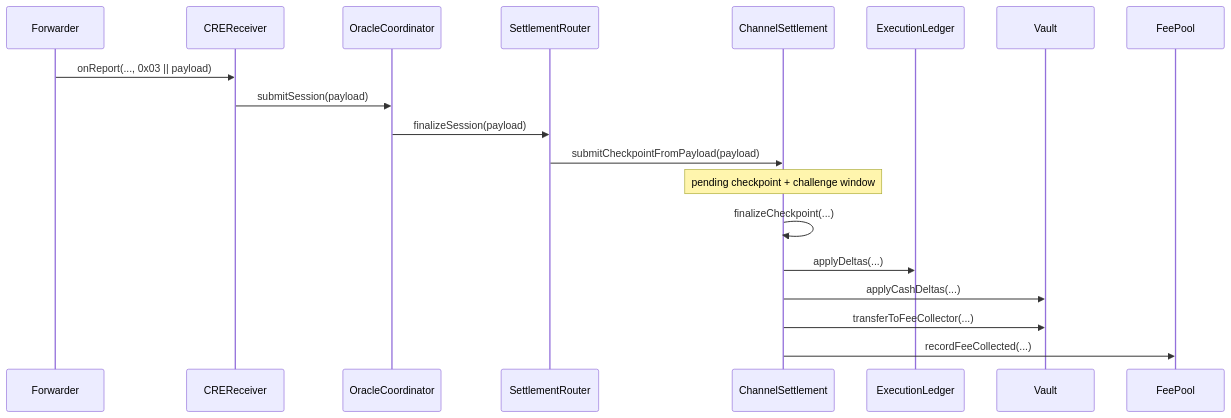
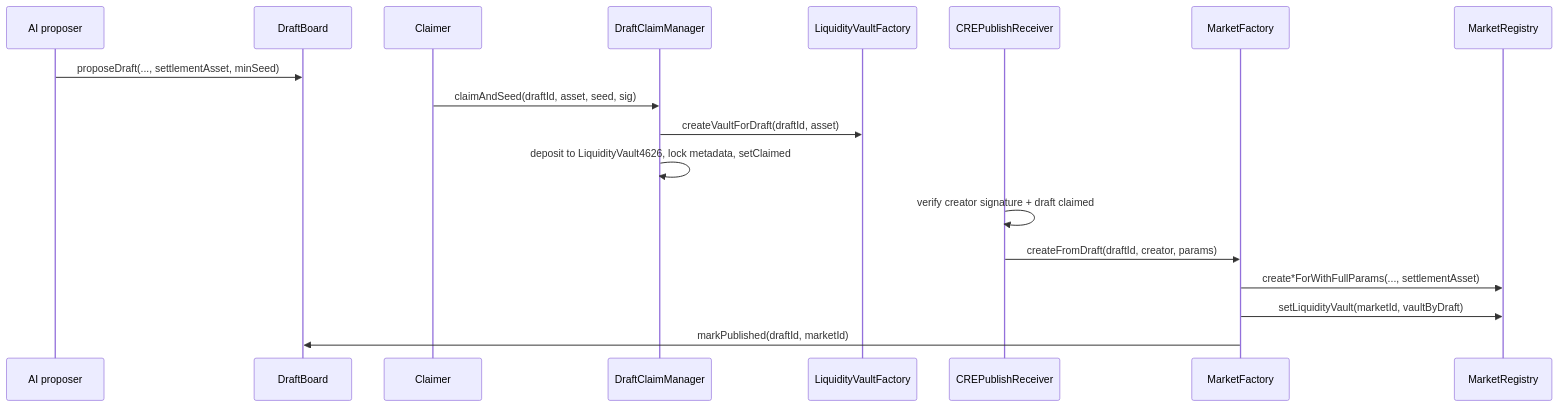
One commit to mAsyamJ/ShadowPool changed the third of 4 diagrams in .docs/CurrentSmartContract.md. Above: the diagram before and after it, drawn with Mermaid. The commit also changed other lines of this file and 7 other files, not shown here.

````diff
--- a/.docs/CurrentSmartContract.md
+++ b/.docs/CurrentSmartContract.md
@@ -296,24 +261,22 @@
 ```mermaid
 sequenceDiagram
-  participant F as Forwarder
-  participant CR as CREReceiver
-  participant OC as OracleCoordinator
-  participant SR as SettlementRouter
-  participant CS as ChannelSettlement
-  participant EL as ExecutionLedger
-  participant V as Vault
-  participant FP as FeePool
+  participant AI as AI proposer
+  participant DB as DraftBoard
+  participant Maker as Claimer
+  participant DCM as DraftClaimManager
+  participant LVF as LiquidityVaultFactory
+  participant CPR as CREPublishReceiver
+  participant MF as MarketFactory
+  participant MR as MarketRegistry
 
-  F->>CR: onReport(..., 0x03 || payload)
-  CR->>OC: submitSession(payload)
-  OC->>SR: finalizeSession(payload)
-  SR->>CS: submitCheckpointFromPayload(payload)
+  AI->>DB: proposeDraft(..., settlementAsset, minSeed)
+  Maker->>DCM: claimAndSeed(draftId, asset, seed, sig)
+  DCM->>LVF: createVaultForDraft(draftId, asset)
+  DCM->>DCM: deposit to LiquidityVault4626, lock metadata, setClaimed
 
-  Note over CS: pending checkpoint + challenge window
-
-  CS->>CS: finalizeCheckpoint(...)
-  CS->>EL: applyDeltas(...)
-  CS->>V: applyCashDeltas(...)
-  CS->>V: transferToFeeCollector(...)
-  CS->>FP: recordFeeCollected(...)
+  CPR->>CPR: verify creator signature + draft claimed
+  CPR->>MF: createFromDraft(draftId, creator, params)
+  MF->>MR: create*ForWithFullParams(..., settlementAsset)
+  MF->>MR: setLiquidityVault(marketId, vaultByDraft)
+  MF->>DB: markPublished(draftId, marketId)
 ```
````
